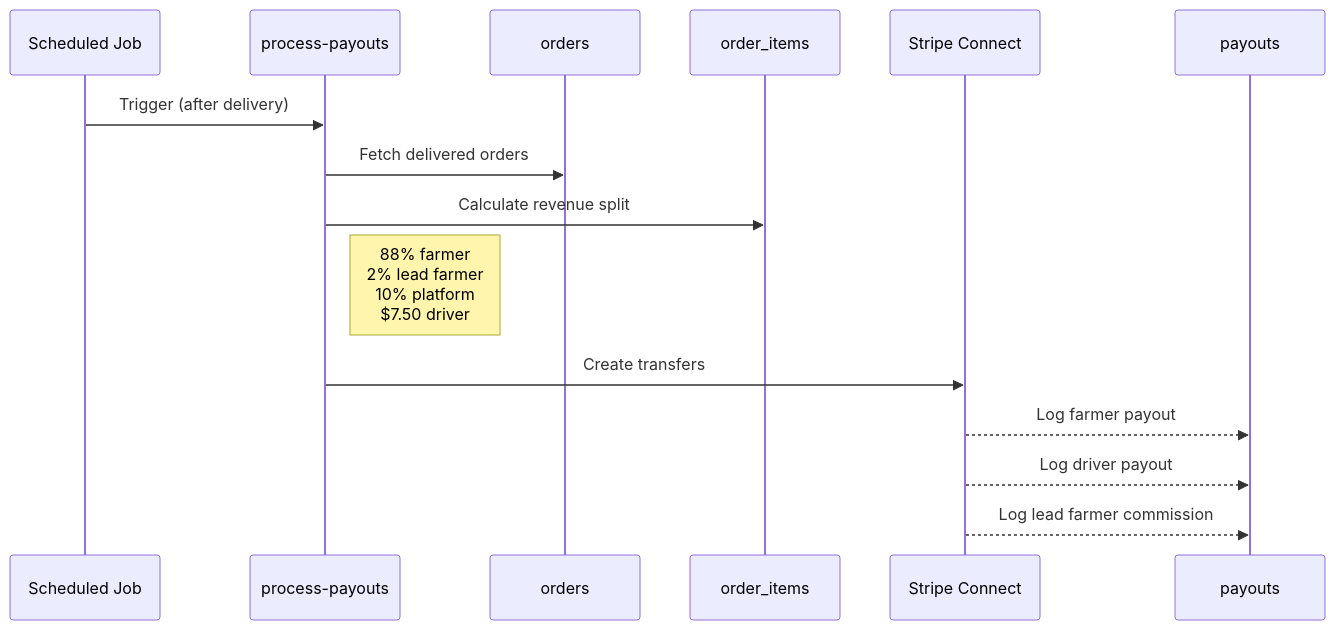
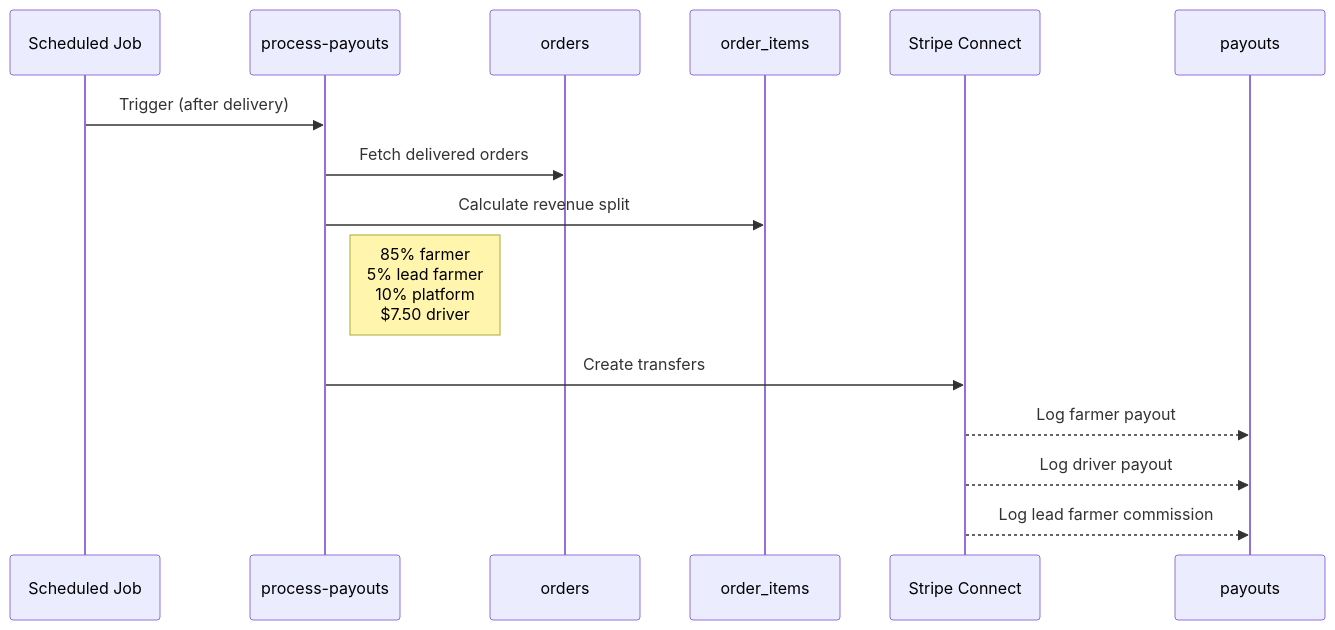
The sixth of 7 diagrams in DATABASE.md (benrobk1/blueharvests), drawn with Mermaid before and after one commit. The commit also changed other lines of this file and 13 other files, not shown here.

Commit message:
Adjust lead farmer commission to 5 percent

````diff
--- a/DATABASE.md
+++ b/DATABASE.md
@@ -916,18 +916,18 @@
 ```mermaid
 sequenceDiagram
     participant Cron as Scheduled Job
     participant Payout as process-payouts
     participant Orders as orders
     participant Items as order_items
     participant Stripe as Stripe Connect
     participant PayoutTbl as payouts
 
     Cron->>Payout: Trigger (after delivery)
     Payout->>Orders: Fetch delivered orders
     Payout->>Items: Calculate revenue split
-    Note right of Payout: 88% farmer<br/>2% lead farmer<br/>10% platform<br/>$7.50 driver
+    Note right of Payout: 85% farmer<br/>5% lead farmer<br/>10% platform<br/>$7.50 driver
     Payout->>Stripe: Create transfers
     Stripe-->>PayoutTbl: Log farmer payout
     Stripe-->>PayoutTbl: Log driver payout
     Stripe-->>PayoutTbl: Log lead farmer commission
 ```
````
